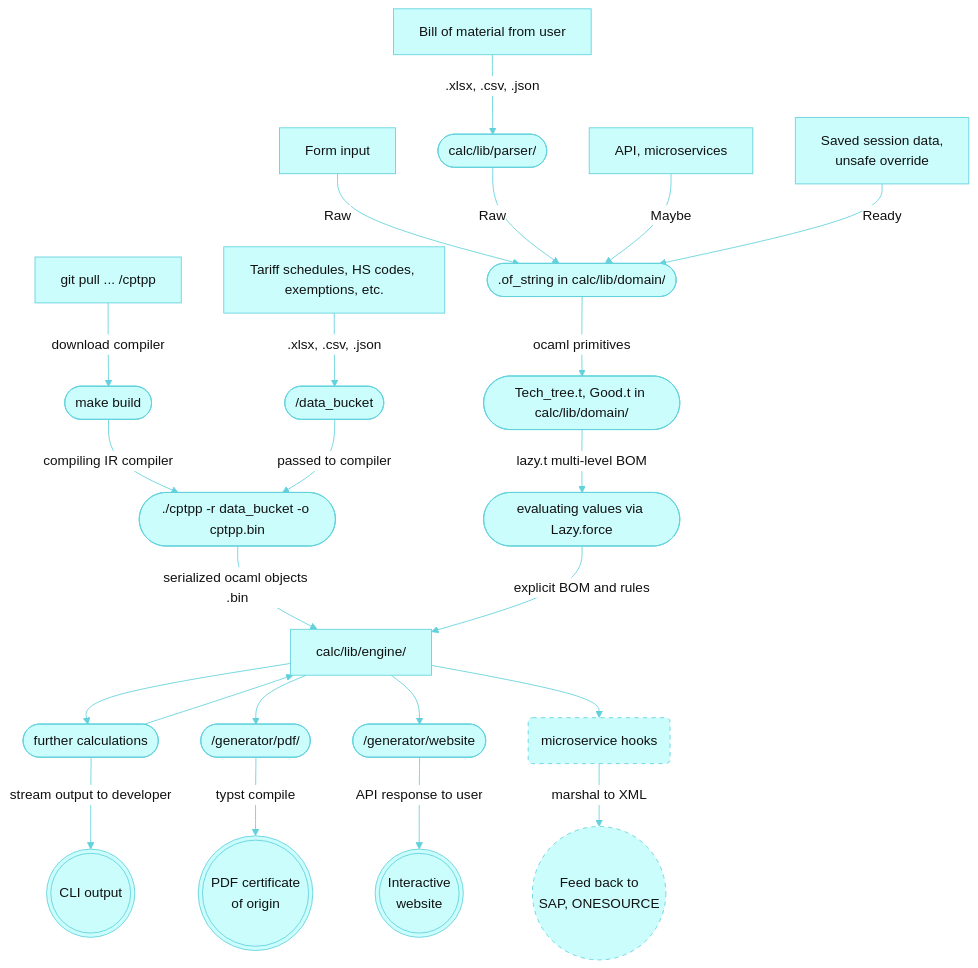
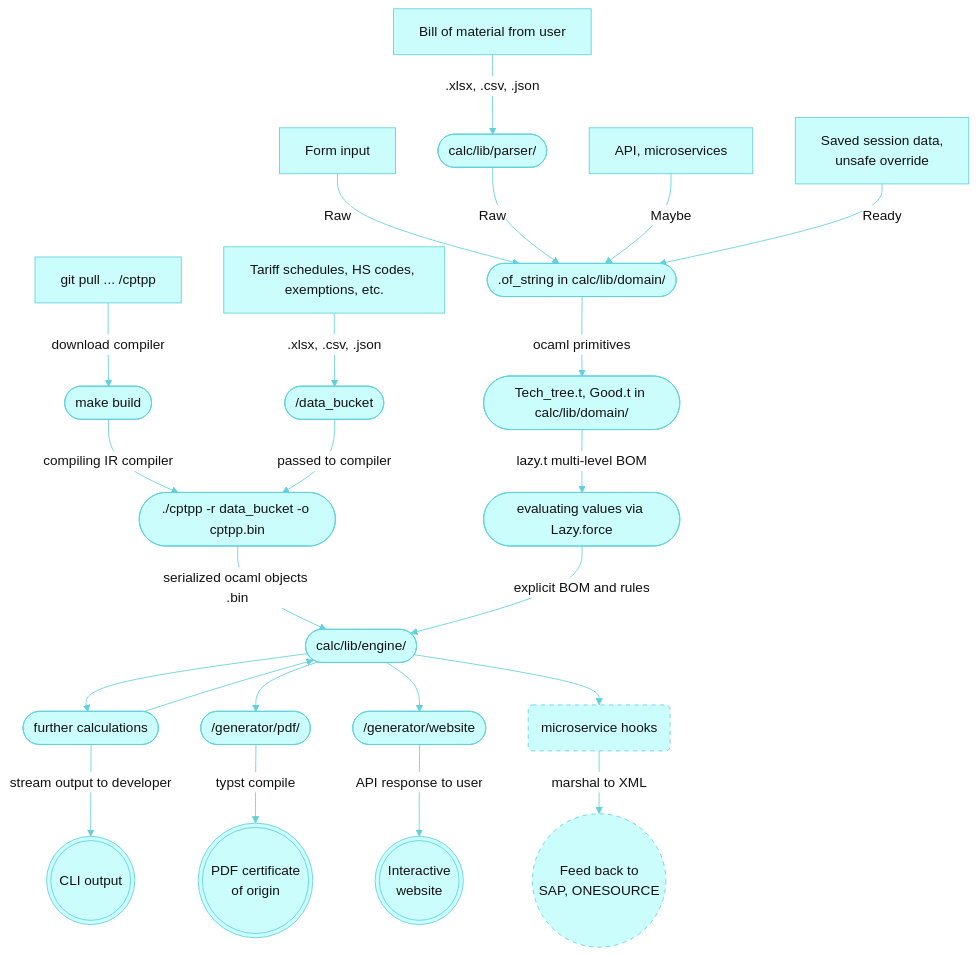
The diagram in README.md (nguyenhoangan-monkey/cptpp-calculator), drawn with Mermaid before and after one commit.

````diff
--- a/README.md
+++ b/README.md
@@ -27,52 +27,52 @@
 ```mermaid
 %%{init: {
   'theme': 'base', 
   'themeVariables': {
     'background': '#CBFDFD',
     'primaryColor': '#CBFDFD',
     'primaryTextColor': '#111111',
     'lineColor': '#61D1DC',
     'edgeLabelBackground': '#ffffff',
     'subgraphBackground': '#CBFDFD',
     'subgraphBorderColor': '#61D1DC',
     'clusterBkg': '#CBFDFD',
     'clusterBorder': '#61D1DC',
     'nodeBorder': '#61D1DC'
   } 
 }}%%
 graph TD
     Step_1[git pull ... /cptpp] -->|download compiler| Step_2
     Step_2([make build]) -->|compiling IR compiler| Step_4
 
     Source[Tariff schedules, HS codes, exemptions, etc.] -->|.xlsx, .csv, .json| Step_3([/data_bucket])
     
     Step_3 -->|passed to compiler| Step_4([./cptpp -r data_bucket -o cptpp.bin])
-    Step_4 -->|serialized ocaml objects .bin| Step_5[calc/lib/engine/]
+    Step_4 -->|serialized ocaml objects .bin| Step_5([calc/lib/engine/])
 
     Forminput[Form input] -->|Raw| Inter_Step1
     User[Bill of material from user] -->|.xlsx, .csv, .json| Processing([calc/lib/parser/])
     Processing -->|Raw| Inter_Step1([.of_string in calc/lib/domain/])
     Payload[API, microservices] -->|Maybe| Inter_Step1
     Override[Saved session data,<br>unsafe override] -->|Ready| Inter_Step1
 
     Inter_Step1 -->|ocaml primitives| Inter_Step2([Tech_tree.t, Good.t in calc/lib/domain/])
     Inter_Step2 -->|lazy.t multi-level BOM| Domain([evaluating values via Lazy.force])
 
     Domain -->|explicit BOM and rules| Step_5
     
     Step_5 --> Step_6A([further calculations])
     Step_6A --> Step_5
     Step_6A -->|stream output to developer| CLI_Product(((CLI output)))
 
     Step_5 --> Step_6B([/generator/pdf/])
     Step_6B -->|typst compile| PDF_Product(((PDF certificate<br>of origin)))
 
     Step_5 --> Step_6C([/generator/website])
     Step_6C -->|API response to user| Web_Product(((Interactive<br>website)))
 
     Step_5 --> Step_6D(microservice hooks)
     style Step_6D stroke-dasharray: 5 5
     Step_6D -->|marshal to XML| Pipeline((Feed back to<br>SAP, ONESOURCE))
     style Pipeline stroke-dasharray: 5 5
 
 ```
````
